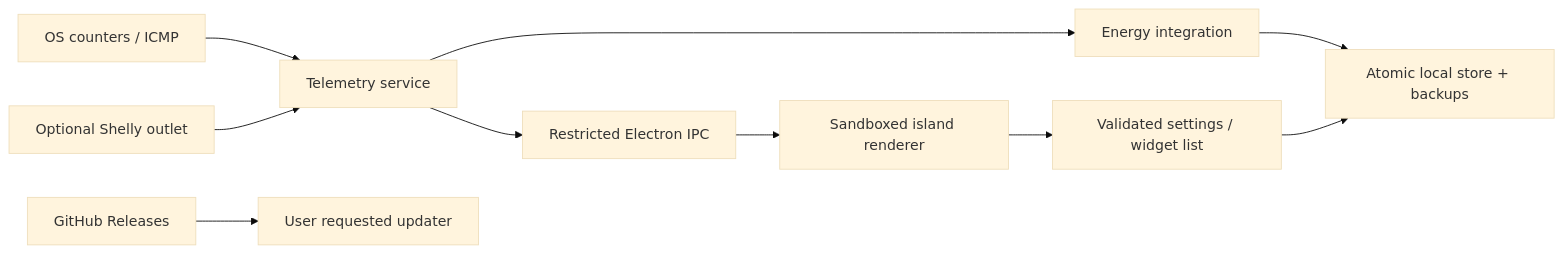
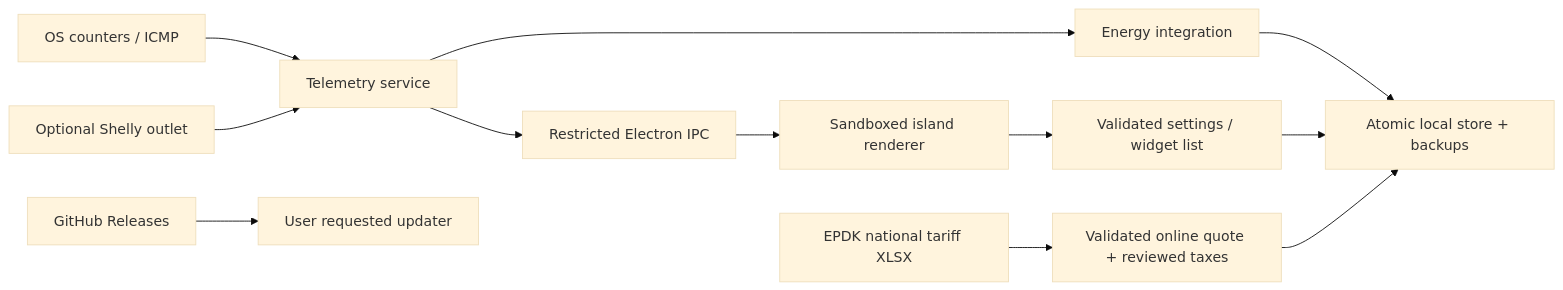
The diagram in docs/ARCHITECTURE.md (GhostFelina/cortexia-island), drawn with Mermaid (base theme) before and after one commit. The commit also changed other lines of this file and 27 other files, not shown here.

````diff
--- a/docs/ARCHITECTURE.md
+++ b/docs/ARCHITECTURE.md
@@ -3,12 +3,14 @@
 ```mermaid
 flowchart LR
   OS[OS counters / ICMP] --> T[Telemetry service]
   M[Optional Shelly outlet] --> T
   T --> E[Energy integration]
   E --> S[Atomic local store + backups]
   T --> IPC[Restricted Electron IPC]
   IPC --> UI[Sandboxed island renderer]
   UI --> C[Validated settings / widget list]
   C --> S
   GH[GitHub Releases] --> U[User requested updater]
+  EP[EPDK national tariff XLSX] --> Q[Validated online quote + reviewed taxes]
+  Q --> S
 ```
````
